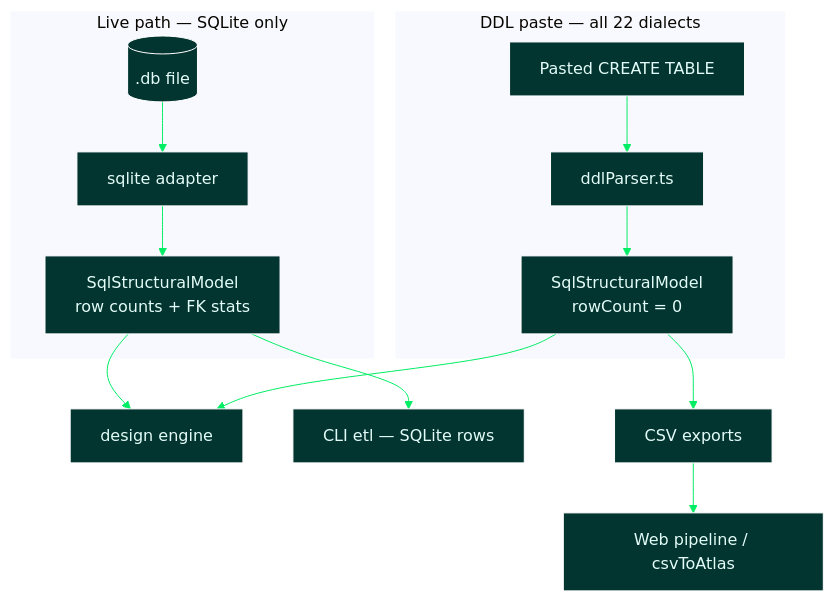
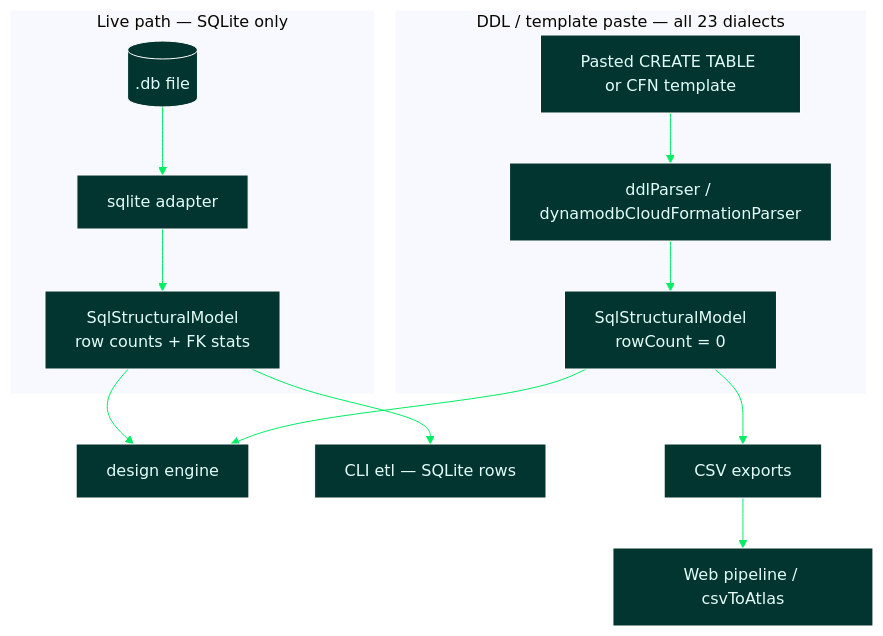
Before and after one commit to 7erry/hvyMETL: the diagram in docs/18-sql-dialects.md, drawn with Mermaid. The commit also changed other lines of this file and 12 other files, not shown here.

First line of the commit message:
Add DynamoDB CloudFormation schema import dialect.

````diff
--- a/docs/18-sql-dialects.md
+++ b/docs/18-sql-dialects.md
@@ -59,17 +60,17 @@
 ```mermaid
 %%{init:{"theme":"base","themeVariables":{"darkMode":true,"background":"#001E2B","mainBkg":"#023430","primaryTextColor":"#E3FCF7","lineColor":"#00ED64","textColor":"#E3FCF7"}}}%%
 flowchart TB
     subgraph live [Live path — SQLite only]
         FILE[(.db file)] --> ADAPTER[sqlite adapter]
         ADAPTER --> MODEL[SqlStructuralModel<br/>row counts + FK stats]
     end
-    subgraph ddl [DDL paste — all 22 dialects]
-        PASTE[Pasted CREATE TABLE] --> PARSER[ddlParser.ts]
+    subgraph ddl [DDL / template paste — all 23 dialects]
+        PASTE[Pasted CREATE TABLE or CFN template] --> PARSER[ddlParser / dynamodbCloudFormationParser]
         PARSER --> MODEL2[SqlStructuralModel<br/>rowCount = 0]
     end
     MODEL --> DESIGN[design engine]
     MODEL2 --> DESIGN
     MODEL --> ETL_CLI[CLI etl — SQLite rows]
     MODEL2 --> CSV[CSV exports]
     CSV --> PIPELINE[Web pipeline / csvToAtlas]
 ```
````
